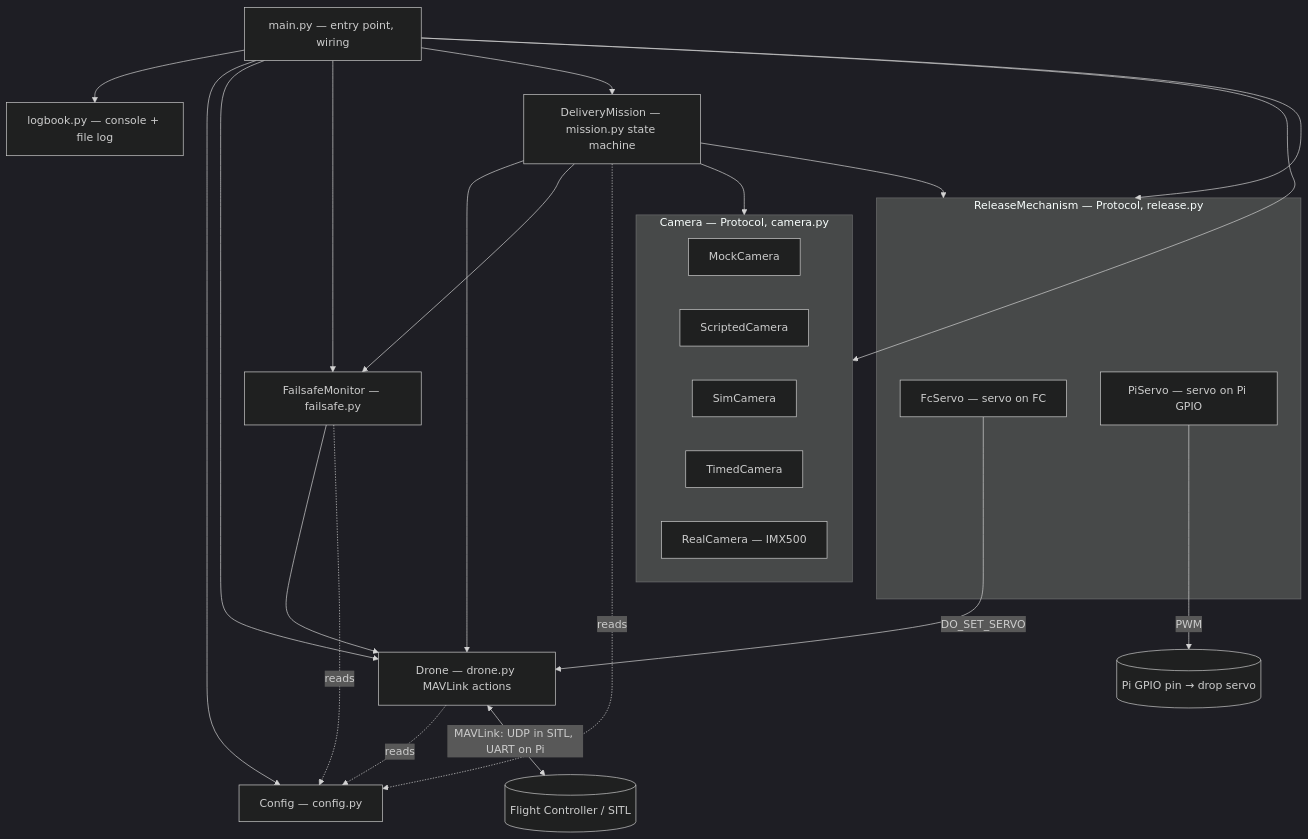
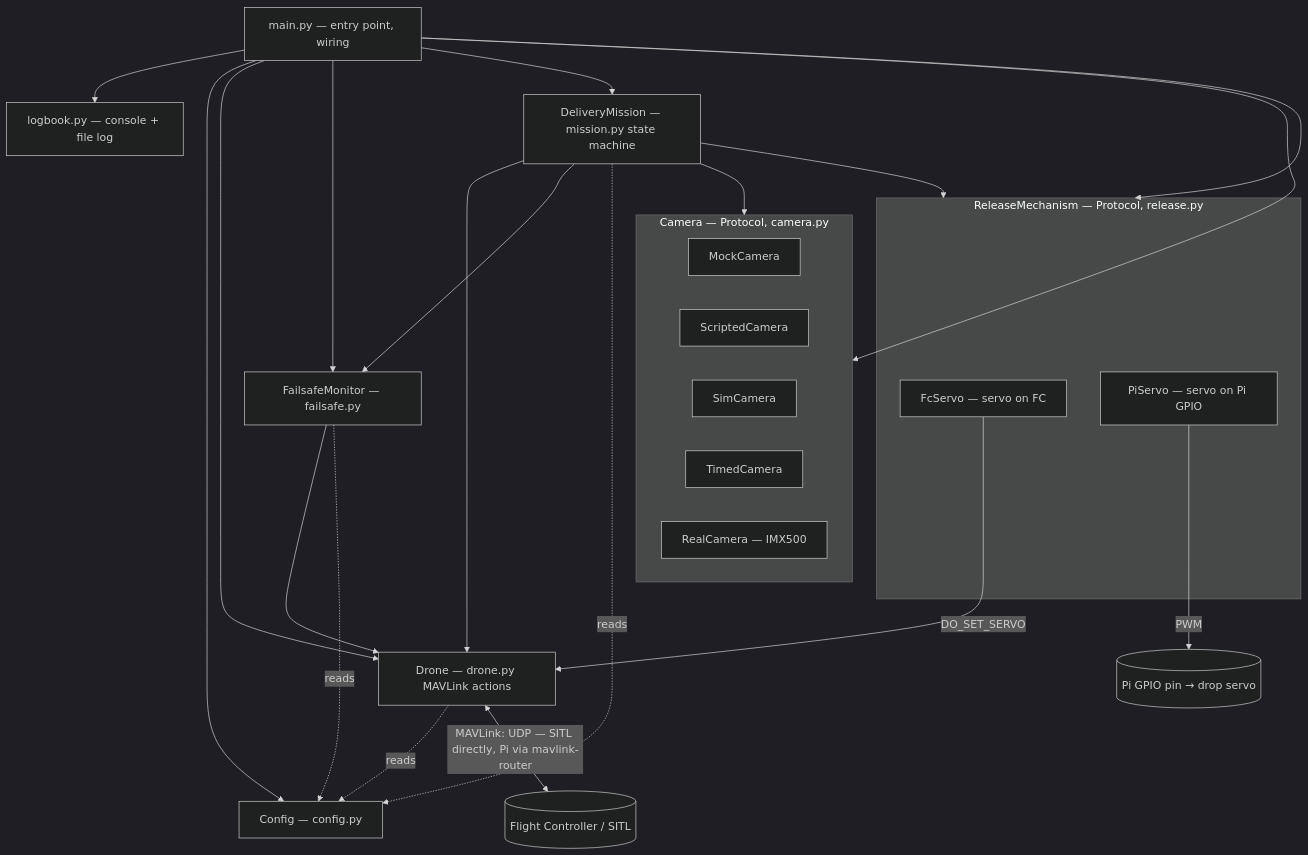
One commit to ki-drohnen-ss26/Pi-Code changed the first of 6 diagrams in docs/ARCHITECTURE.md. Above: the diagram before and after it, drawn with Mermaid (dark theme). The commit also changed other lines of this file and 16 other files, not shown here.

````diff
--- a/docs/ARCHITECTURE.md
+++ b/docs/ARCHITECTURE.md
@@ -15,44 +15,44 @@
 ```mermaid
 flowchart TB
     main["main.py — entry point, wiring"]
     cfg["Config — config.py"]
     logb["logbook.py — console + file log"]
     mission["DeliveryMission — mission.py state machine"]
     drone["Drone — drone.py MAVLink actions"]
     fs["FailsafeMonitor — failsafe.py"]
     fc[("Flight Controller / SITL")]
 
     subgraph cam["Camera — Protocol, camera.py"]
         mock["MockCamera"]
         scripted["ScriptedCamera"]
         sim["SimCamera"]
         timed["TimedCamera"]
         real["RealCamera — IMX500"]
     end
 
     subgraph rel["ReleaseMechanism — Protocol, release.py"]
         fcservo["FcServo — servo on FC"]
         piservo["PiServo — servo on Pi GPIO"]
     end
     gpio[("Pi GPIO pin → drop servo")]
 
     main --> logb
     main --> cfg
     main --> drone
     main --> cam
     main --> rel
     main --> fs
     main --> mission
 
     mission --> drone
     mission --> cam
     mission --> rel
     mission --> fs
     mission -.->|reads| cfg
     fs --> drone
     fs -.->|reads| cfg
     drone -.->|reads| cfg
-    drone <-->|"MAVLink: UDP in SITL, UART on Pi"| fc
+    drone <-->|"MAVLink: UDP — SITL directly, Pi via mavlink-router"| fc
     fcservo -->|"DO_SET_SERVO"| drone
     piservo -->|"PWM"| gpio
 ```
````
